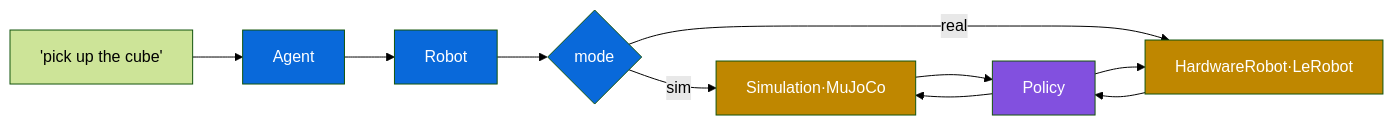
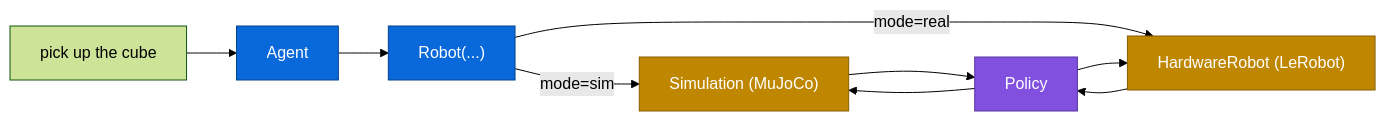
Before and after one commit to cagataycali/robots: the diagram in docs/index.md, drawn with Mermaid (forest theme). The commit also changed other lines of this file and 6 other files, not shown here.

First line of the commit message:
docs: humanize entry pages, fix all mermaid diagrams

````diff
--- a/docs/index.md
+++ b/docs/index.md
@@ -21,14 +21,17 @@
 ```mermaid
 graph LR
-    A["'pick up the cube'"] --> B[Agent] --> C[Robot] --> D{mode}
-    D -->|sim| E[Simulation·MuJoCo]
-    D -->|real| F[HardwareRobot·LeRobot]
-    E --> G[Policy] --> E
-    F --> G --> F
-    classDef a fill:#0969da,color:#fff
-    classDef h fill:#bf8700,color:#fff
-    classDef p fill:#8250df,color:#fff
-    class B,C,D a
-    class E,F h
-    class G p
+    A["pick up the cube"] --> B[Agent]
+    B --> C["Robot(...)"]
+    C -->|"mode=sim"| D["Simulation (MuJoCo)"]
+    C -->|"mode=real"| E["HardwareRobot (LeRobot)"]
+    D --> F[Policy]
+    E --> F
+    F --> D
+    F --> E
+    classDef agent fill:#0969da,stroke:#044289,color:#fff
+    classDef hw fill:#bf8700,stroke:#875e00,color:#fff
+    classDef policy fill:#8250df,stroke:#5a32a3,color:#fff
+    class B,C agent
+    class D,E hw
+    class F policy
 ```
````
